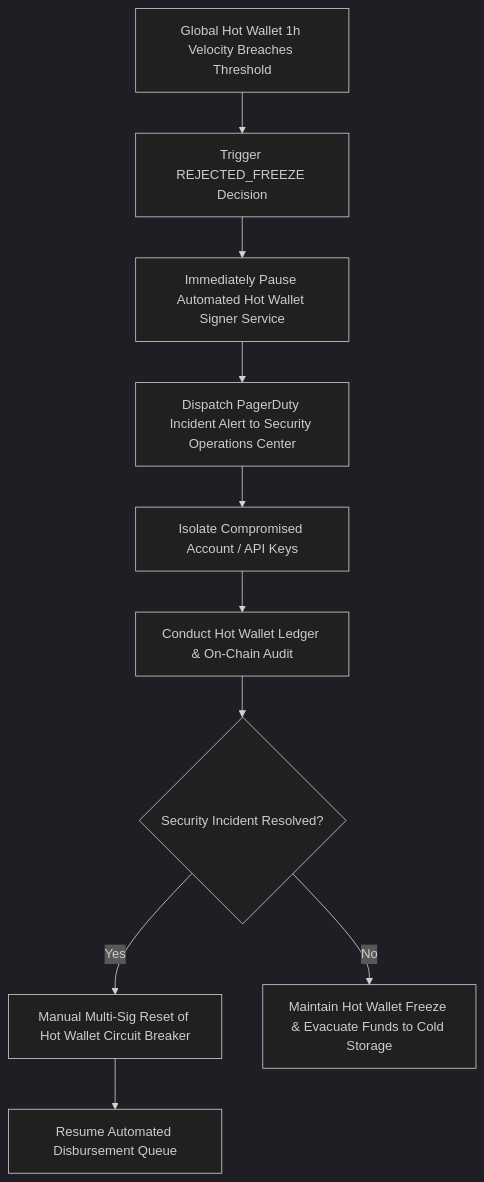
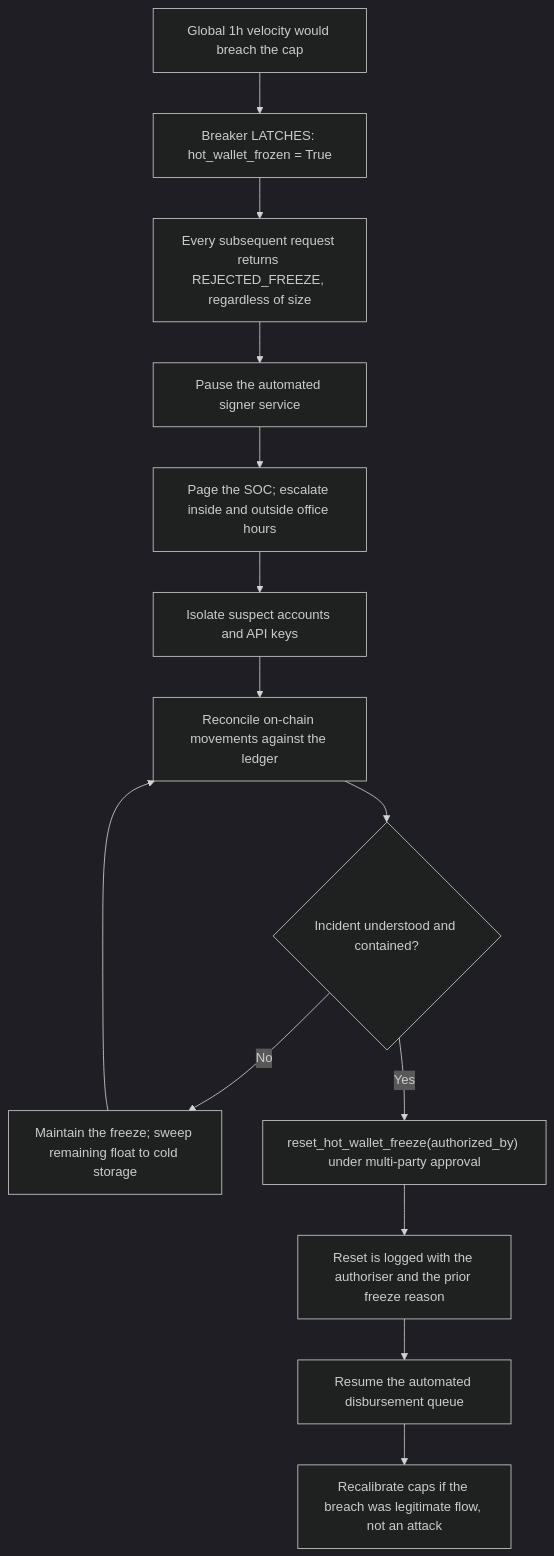
The third of 3 diagrams in skills/withdrawal-velocity-limits-and-anomaly-detection/references/workflows.md (HimanshuJ16/Algo-Trading-Skills), drawn with Mermaid (dark theme) before and after one commit. The commit also changed other lines of this file and 443 other files, not shown here.

````diff
--- a/skills/withdrawal-velocity-limits-and-anomaly-detection/references/workflows.md
+++ b/skills/withdrawal-velocity-limits-and-anomaly-detection/references/workflows.md
@@ -35,17 +86,20 @@
 ```mermaid
 flowchart TD
-    A[Global Hot Wallet 1h Velocity Breaches Threshold] --> B[Trigger REJECTED_FREEZE Decision]
-    
-    B --> C[Immediately Pause Automated Hot Wallet Signer Service]
-    C --> D[Dispatch PagerDuty Incident Alert to Security Operations Center]
-    
-    D --> E[Isolate Compromised Account / API Keys]
-    E --> F[Conduct Hot Wallet Ledger & On-Chain Audit]
-    
-    F --> G{Security Incident Resolved?}
-    
-    G -- Yes --> H[Manual Multi-Sig Reset of Hot Wallet Circuit Breaker]
-    G -- No --> I[Maintain Hot Wallet Freeze & Evacuate Funds to Cold Storage]
-    
-    H --> J[Resume Automated Disbursement Queue]
+    A[Global 1h velocity would breach the cap] --> B[Breaker LATCHES: hot_wallet_frozen = True]
+    B --> C[Every subsequent request returns REJECTED_FREEZE, regardless of size]
+    C --> D[Pause the automated signer service]
+    D --> E[Page the SOC; escalate inside and outside office hours]
+
+    E --> F[Isolate suspect accounts and API keys]
+    F --> G[Reconcile on-chain movements against the ledger]
+
+    G --> H{Incident understood and contained?}
+
+    H -- No --> I[Maintain the freeze; sweep remaining float to cold storage]
+    I --> G
+
+    H -- Yes --> J["reset_hot_wallet_freeze(authorized_by) under multi-party approval"]
+    J --> K[Reset is logged with the authoriser and the prior freeze reason]
+    K --> L[Resume the automated disbursement queue]
+    L --> M[Recalibrate caps if the breach was legitimate flow, not an attack]
 ```
````
